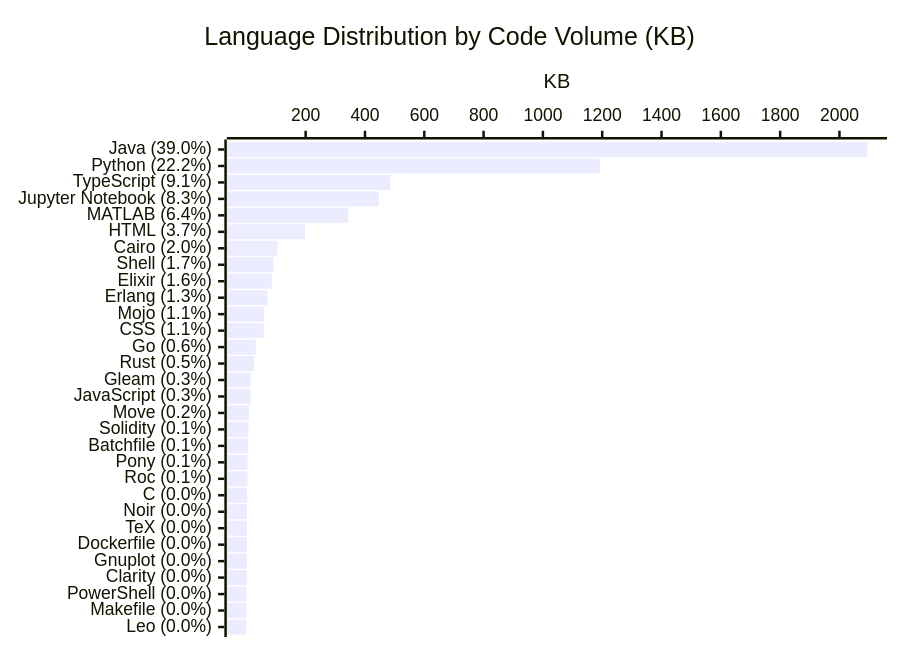
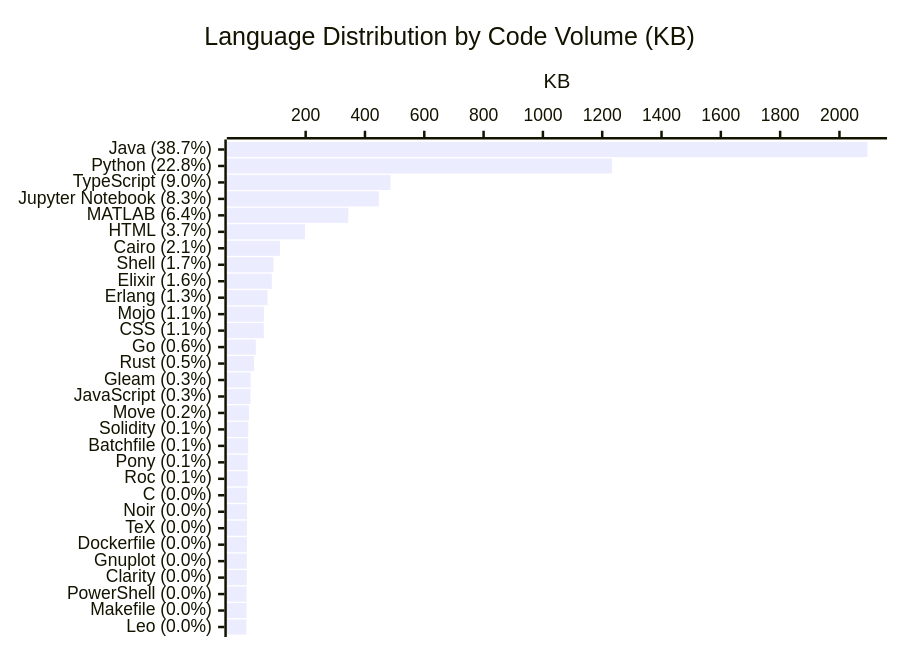
One commit to KathiraveluLab/.github changed the diagram in profile/README.md. Above: the diagram before and after it, drawn with Mermaid. The commit also changed other lines of this file and 1 other file, not shown here.

````diff
--- a/profile/README.md
+++ b/profile/README.md
@@ -64,7 +64,7 @@
 ```mermaid
 xychart-beta horizontal
     title "Language Distribution by Code Volume (KB)"
-    x-axis ["Java (39.0%)", "Python (22.2%)", "TypeScript (9.1%)", "Jupyter Notebook (8.3%)", "MATLAB (6.4%)", "HTML (3.7%)", "Cairo (2.0%)", "Shell (1.7%)", "Elixir (1.6%)", "Erlang (1.3%)", "Mojo (1.1%)", "CSS (1.1%)", "Go (0.6%)", "Rust (0.5%)", "Gleam (0.3%)", "JavaScript (0.3%)", "Move (0.2%)", "Solidity (0.1%)", "Batchfile (0.1%)", "Pony (0.1%)", "Roc (0.1%)", "C (0.0%)", "Noir (0.0%)", "TeX (0.0%)", "Dockerfile (0.0%)", "Gnuplot (0.0%)", "Clarity (0.0%)", "PowerShell (0.0%)", "Makefile (0.0%)", "Leo (0.0%)"]
+    x-axis ["Java (38.7%)", "Python (22.8%)", "TypeScript (9.0%)", "Jupyter Notebook (8.3%)", "MATLAB (6.4%)", "HTML (3.7%)", "Cairo (2.1%)", "Shell (1.7%)", "Elixir (1.6%)", "Erlang (1.3%)", "Mojo (1.1%)", "CSS (1.1%)", "Go (0.6%)", "Rust (0.5%)", "Gleam (0.3%)", "JavaScript (0.3%)", "Move (0.2%)", "Solidity (0.1%)", "Batchfile (0.1%)", "Pony (0.1%)", "Roc (0.1%)", "C (0.0%)", "Noir (0.0%)", "TeX (0.0%)", "Dockerfile (0.0%)", "Gnuplot (0.0%)", "Clarity (0.0%)", "PowerShell (0.0%)", "Makefile (0.0%)", "Leo (0.0%)"]
     y-axis "KB"
-    bar [2094.22, 1192.21, 486.14, 446.9, 343.93, 197.81, 105.17, 91.51, 85.96, 71.37, 59.44, 58.73, 32.03, 26.08, 14.6, 13.89, 8.83, 6.65, 6.48, 4.14, 4.09, 2.58, 2.46, 2.29, 2.09, 1.82, 1.53, 1.02, 0.99, 0.27]
+    bar [2094.22, 1232.67, 486.14, 446.9, 343.93, 197.81, 113.7, 91.51, 85.96, 71.37, 59.44, 58.73, 32.03, 26.08, 14.6, 13.89, 8.83, 6.65, 6.48, 4.14, 4.09, 2.58, 2.46, 2.29, 2.09, 1.82, 1.53, 1.02, 0.99, 0.27]
 ```
````
